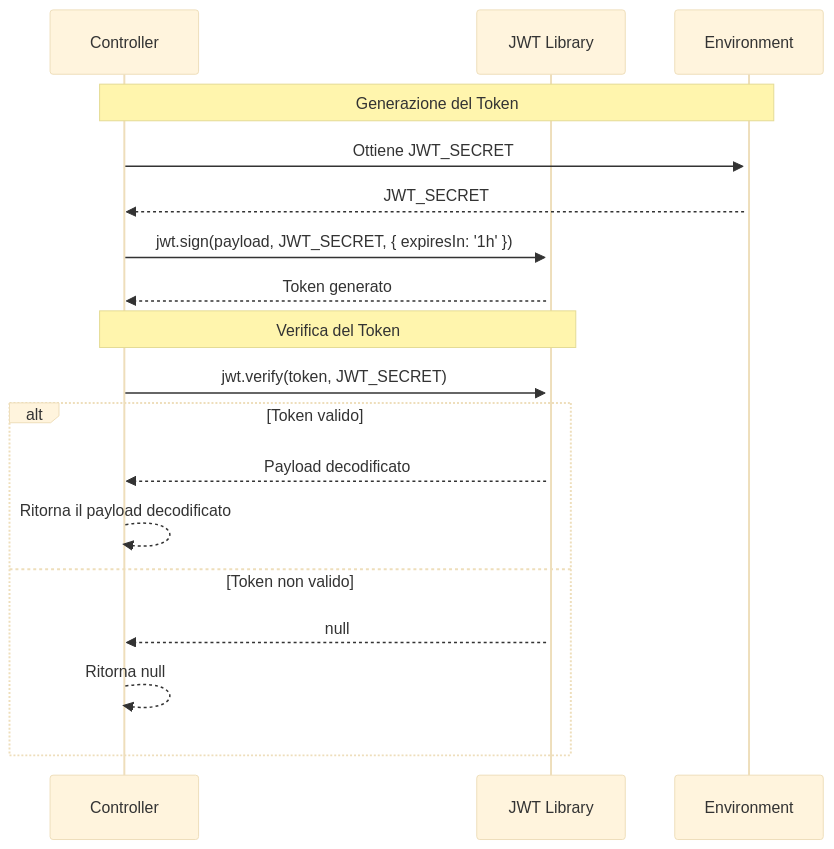
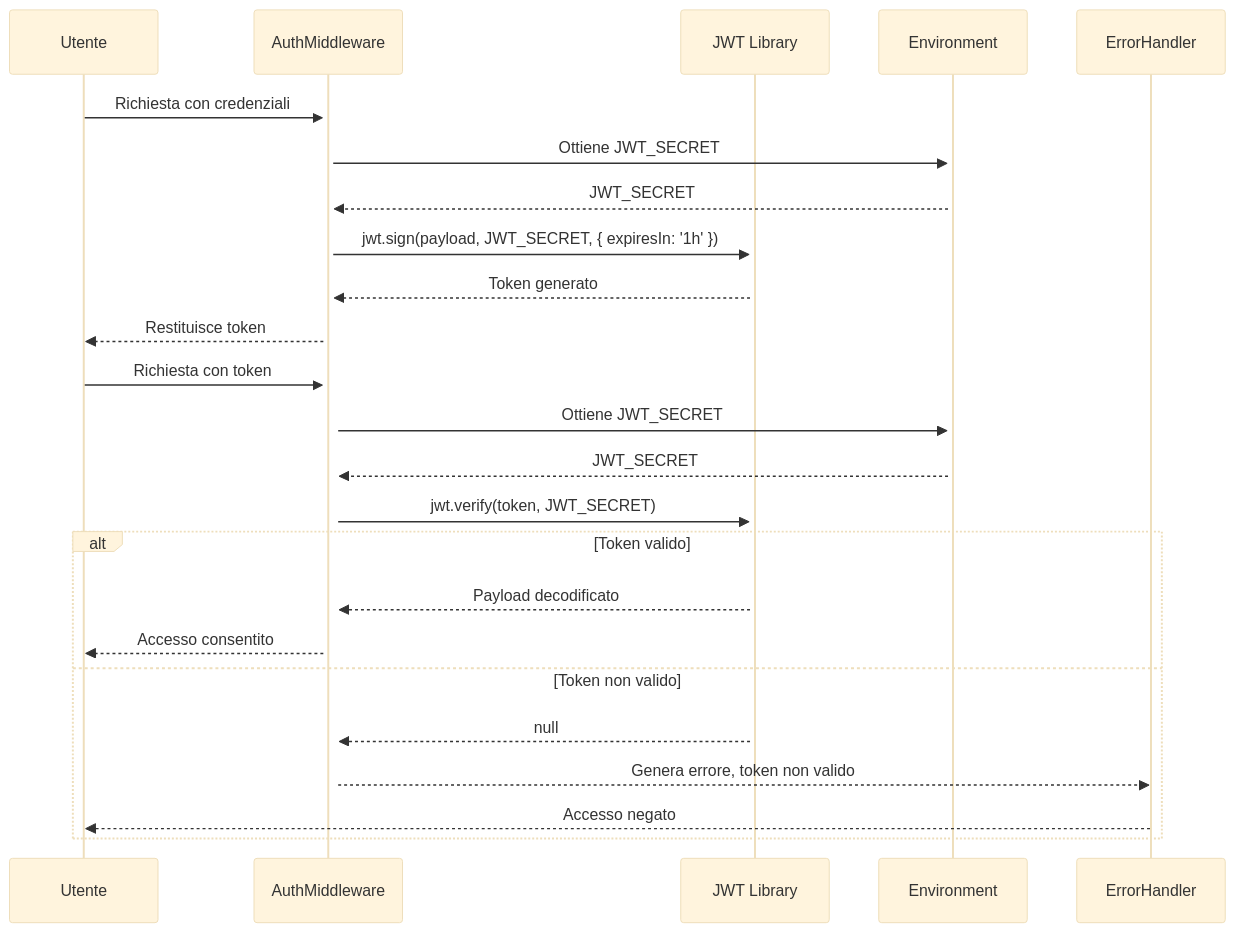
The fourth of 12 diagrams in README.md (Arianna6400/Adv_Prog), drawn with Mermaid (base theme) before and after one commit. The commit also changed other lines of this file, not shown here.

````diff
--- a/README.md
+++ b/README.md
@@ -158,22 +159,28 @@
 ```mermaid
 sequenceDiagram
-    participant C as Controller
+    participant U as Utente
+    participant Auth as AuthMiddleware
     participant JWT as JWT Library
     participant ENV as Environment
-
-    Note over C,ENV: Generazione del Token
-    C->>+ENV: Ottiene JWT_SECRET
-    ENV-->>C: JWT_SECRET
-    C->>+JWT: jwt.sign(payload, JWT_SECRET, { expiresIn: '1h' })
-    JWT-->>C: Token generato
-
-    Note over C,JWT: Verifica del Token
-    C->>+JWT: jwt.verify(token, JWT_SECRET)
+    participant Err as ErrorHandler
+ 
+    U->>+Auth: Richiesta con credenziali
+    Auth->>+ENV: Ottiene JWT_SECRET
+    ENV-->>Auth: JWT_SECRET
+    Auth->>+JWT: jwt.sign(payload, JWT_SECRET, { expiresIn: '1h' })
+    JWT-->>Auth: Token generato
+    Auth-->>U: Restituisce token
+ 
+    U->>+Auth: Richiesta con token
+    Auth->>+ENV: Ottiene JWT_SECRET
+    ENV-->>Auth: JWT_SECRET
+    Auth->>+JWT: jwt.verify(token, JWT_SECRET)
     alt Token valido
-        JWT-->>C: Payload decodificato
-        C-->>C: Ritorna il payload decodificato
+        JWT-->>Auth: Payload decodificato
+        Auth-->>U: Accesso consentito
     else Token non valido
-        JWT-->>C: null
-        C-->>C: Ritorna null
+        JWT-->>Auth: null
+        Auth-->>Err: Genera errore, token non valido
+        Err-->>U: Accesso negato
     end
 ```
````
